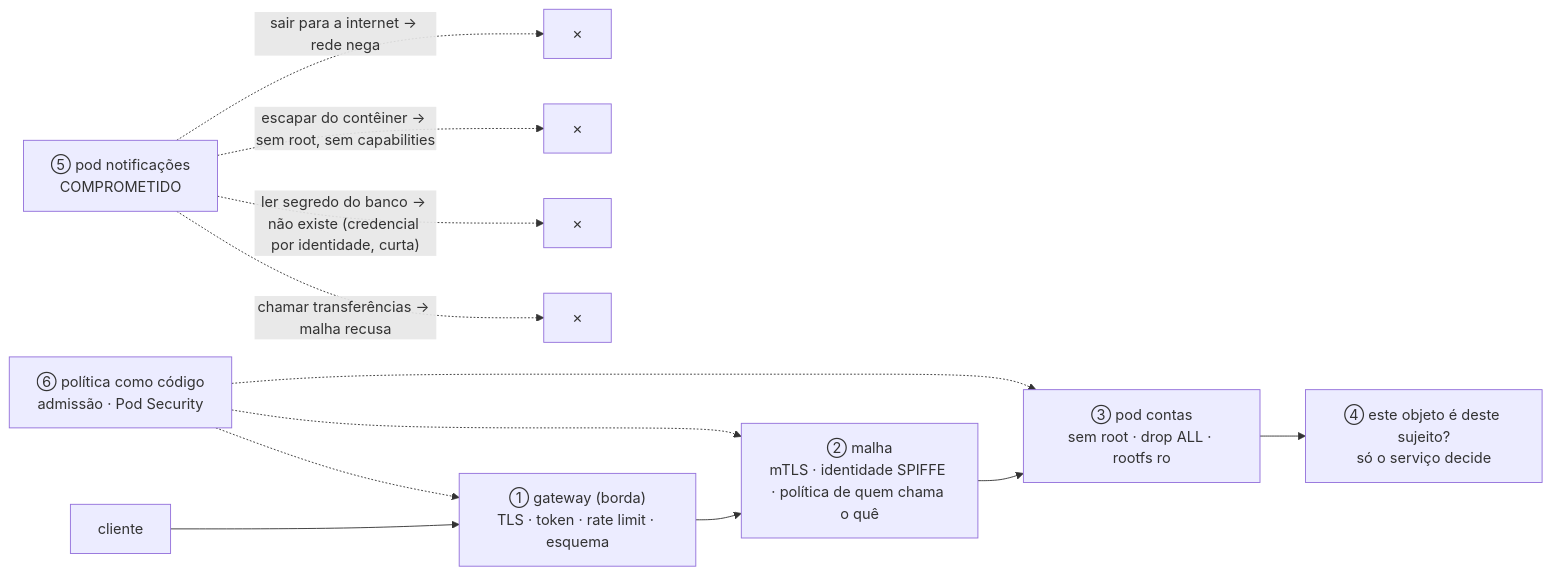
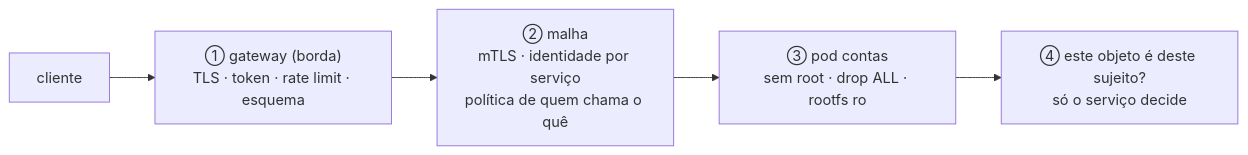
The first of 2 diagrams in 09-seguranca-de-apis/dissertacao-modelo.md (CosmIA-Lab/LAB-SDLC-IA-SEC), drawn with Mermaid before and after one commit. The commit also changed other lines of this file, not shown here.

Commit message:
docs: split the three-rings figure into two legible diagrams

````diff
--- a/09-seguranca-de-apis/dissertacao-modelo.md
+++ b/09-seguranca-de-apis/dissertacao-modelo.md
@@ -34,11 +34,4 @@
 ```mermaid
 flowchart LR
-    CL["cliente"] --> G["① gateway (borda)<br/>TLS · token · rate limit · esquema"] --> M["② malha<br/>mTLS · identidade SPIFFE · política de quem chama o quê"] --> P1["③ pod contas<br/>sem root · drop ALL · rootfs ro"] --> DEC["④ este objeto é deste sujeito?<br/>só o serviço decide"]
-    P3["⑤ pod notificações<br/>COMPROMETIDO"] -. "chamar transferências → malha recusa" .-> X1["✗"]
-    P3 -. "ler segredo do banco → não existe (credencial por identidade, curta)" .-> X2["✗"]
-    P3 -. "escapar do contêiner → sem root, sem capabilities" .-> X3["✗"]
-    P3 -. "sair para a internet → rede nega" .-> X4["✗"]
-    POL["⑥ política como código<br/>admissão · Pod Security"] -.-> G
-    POL -.-> M
-    POL -.-> P1
+    CL["cliente"] --> G["① gateway (borda)<br/>TLS · token · rate limit · esquema"] --> M["② malha<br/>mTLS · identidade por serviço<br/>política de quem chama o quê"] --> P1["③ pod contas<br/>sem root · drop ALL · rootfs ro"] --> DEC["④ este objeto é deste sujeito?<br/>só o serviço decide"]
 ```
````
